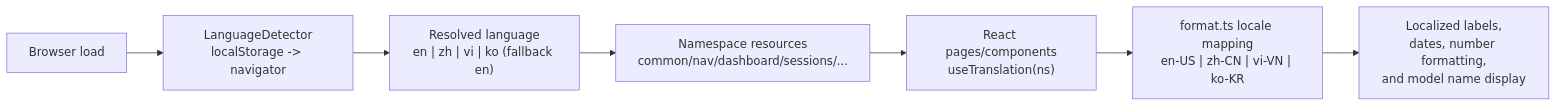
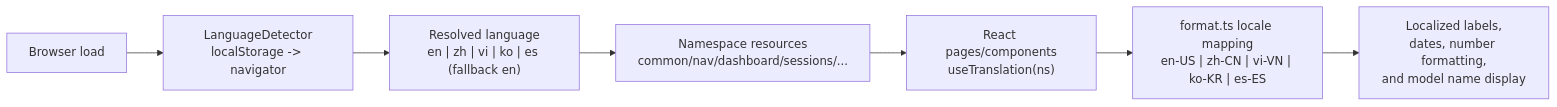
Before and after one commit to CorentinPa/Claude-Code-Agent-Monitor: diagram 12 of 48 in ARCHITECTURE.md, drawn with Mermaid. The commit also changed other lines of this file and 31 other files, not shown here.

````diff
--- a/ARCHITECTURE.md
+++ b/ARCHITECTURE.md
@@ -746,9 +746,9 @@
 ```mermaid
 flowchart LR
     A["Browser load"] --> B["LanguageDetector<br/>localStorage -> navigator"]
-    B --> C["Resolved language<br/>en | zh | vi | ko (fallback en)"]
+    B --> C["Resolved language<br/>en | zh | vi | ko | es (fallback en)"]
     C --> D["Namespace resources<br/>common/nav/dashboard/sessions/..."]
     D --> E["React pages/components<br/>useTranslation(ns)"]
-    E --> F["format.ts locale mapping<br/>en-US | zh-CN | vi-VN | ko-KR"]
+    E --> F["format.ts locale mapping<br/>en-US | zh-CN | vi-VN | ko-KR | es-ES"]
     F --> G["Localized labels,<br/>dates, number formatting,<br/>and model name display"]
 ```
````
